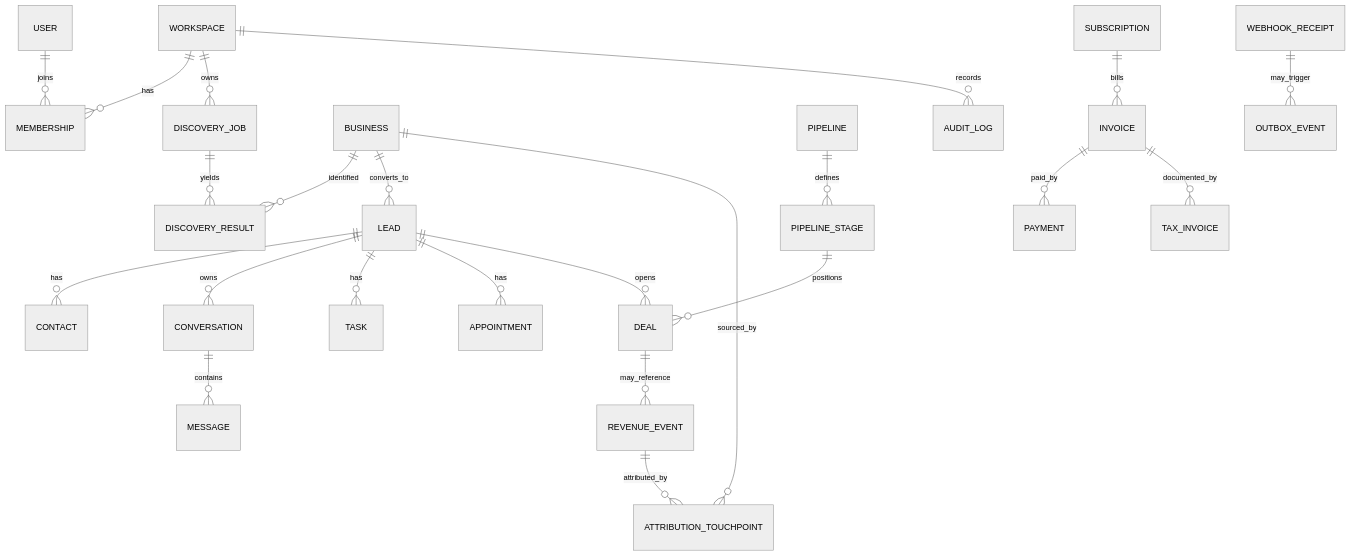
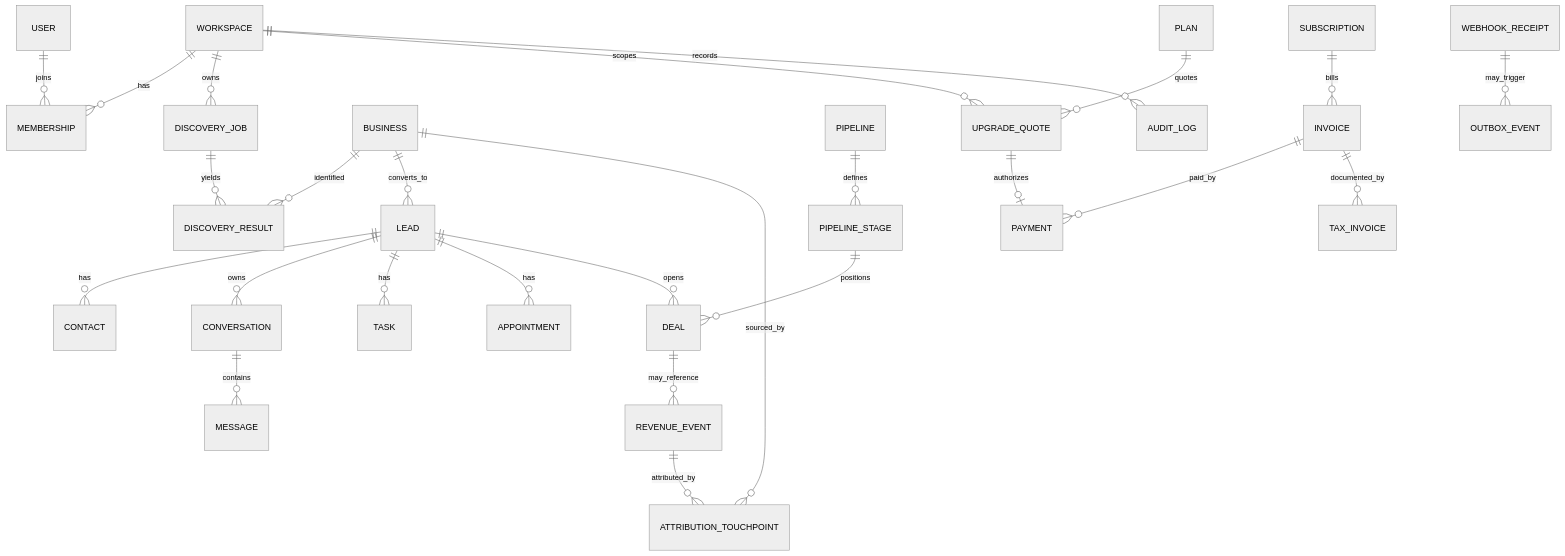
The diagram in BACKEND_ERD.md (mohammed0115/wazlink), drawn with Mermaid (neutral theme) before and after one commit. The commit also changed other lines of this file and 14 other files, not shown here.

````diff
--- a/BACKEND_ERD.md
+++ b/BACKEND_ERD.md
@@ -10,25 +10,28 @@
 ```mermaid
 erDiagram
   WORKSPACE ||--o{ MEMBERSHIP : has
   USER ||--o{ MEMBERSHIP : joins
   WORKSPACE ||--o{ DISCOVERY_JOB : owns
   DISCOVERY_JOB ||--o{ DISCOVERY_RESULT : yields
   BUSINESS ||--o{ DISCOVERY_RESULT : identified
   BUSINESS ||--o{ LEAD : converts_to
   LEAD ||--o{ CONTACT : has
   LEAD ||--o{ CONVERSATION : owns
   CONVERSATION ||--o{ MESSAGE : contains
   LEAD ||--o{ TASK : has
   LEAD ||--o{ APPOINTMENT : has
   LEAD ||--o{ DEAL : opens
   PIPELINE ||--o{ PIPELINE_STAGE : defines
   PIPELINE_STAGE ||--o{ DEAL : positions
   DEAL ||--o{ REVENUE_EVENT : may_reference
   REVENUE_EVENT ||--o{ ATTRIBUTION_TOUCHPOINT : attributed_by
   BUSINESS ||--o{ ATTRIBUTION_TOUCHPOINT : sourced_by
+  WORKSPACE ||--o{ UPGRADE_QUOTE : scopes
+  PLAN ||--o{ UPGRADE_QUOTE : quotes
+  UPGRADE_QUOTE ||--o| PAYMENT : authorizes
   SUBSCRIPTION ||--o{ INVOICE : bills
   INVOICE ||--o{ PAYMENT : paid_by
   INVOICE ||--o{ TAX_INVOICE : documented_by
   WEBHOOK_RECEIPT ||--o{ OUTBOX_EVENT : may_trigger
   WORKSPACE ||--o{ AUDIT_LOG : records
 ```
````
